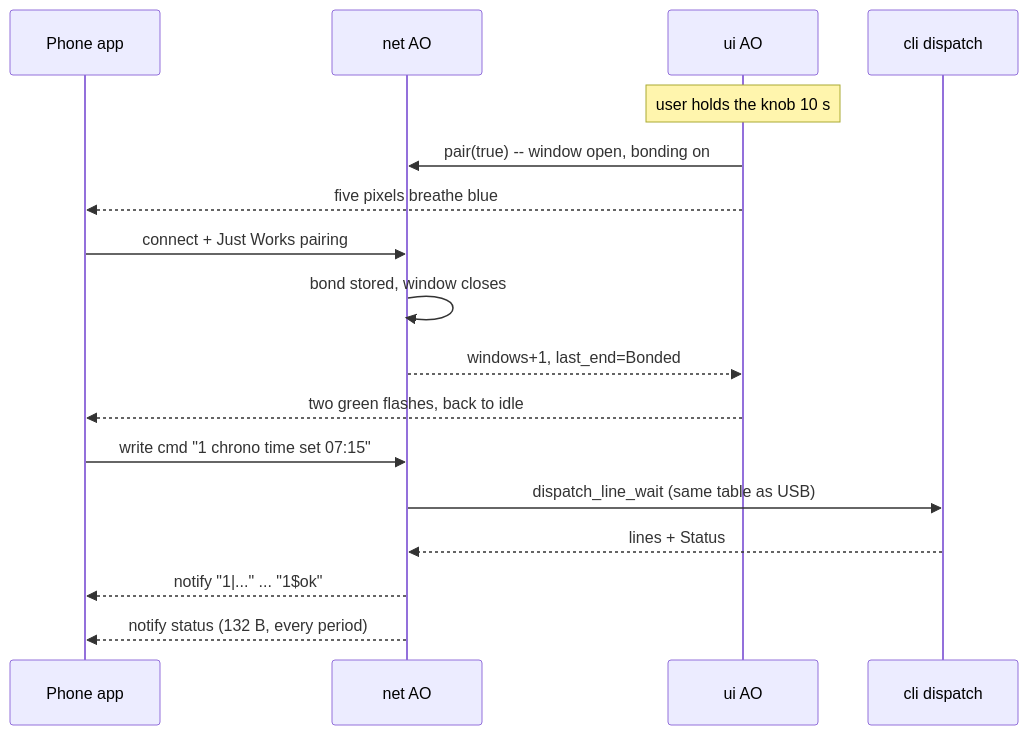
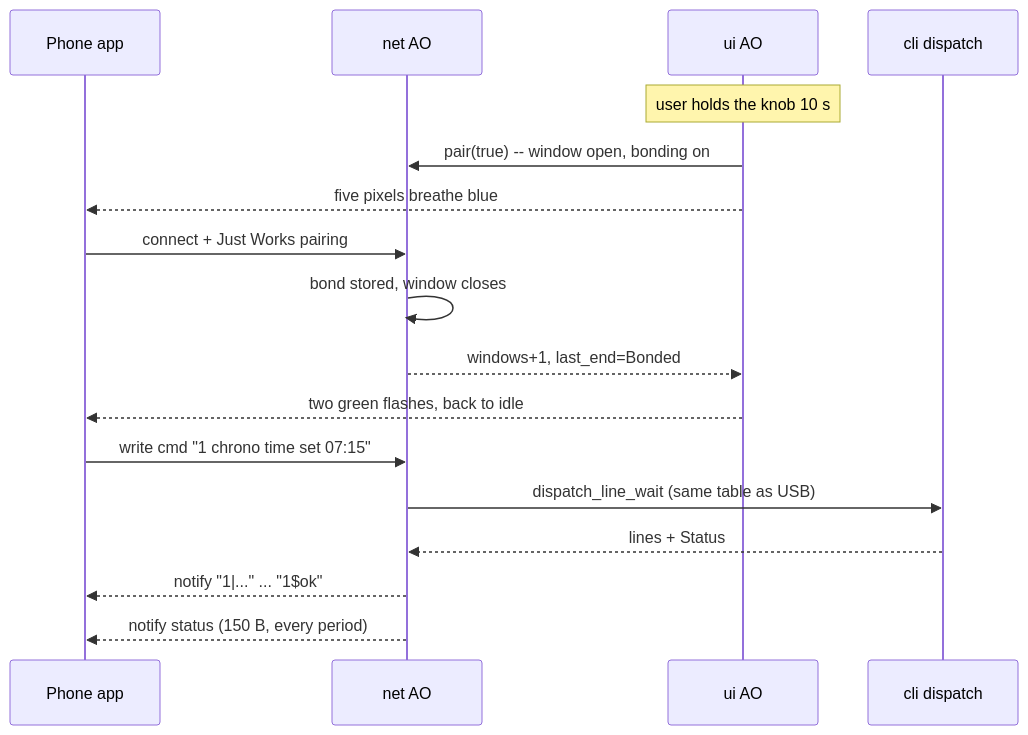
One commit to tibm/clock changed the seventh of 8 diagrams in FIRMWARE.md. Above: the diagram before and after it, drawn with Mermaid. The commit also changed other lines of this file and 22 other files, not shown here.

````diff
--- a/FIRMWARE.md
+++ b/FIRMWARE.md
@@ -2000,21 +2031,21 @@
 ```mermaid
 sequenceDiagram
     participant App as Phone app
     participant NET as net AO
     participant UI as ui AO
     participant CLI as cli dispatch
 
     Note over UI: user holds the knob 10 s
     UI->>NET: pair(true) -- window open, bonding on
     UI-->>App: five pixels breathe blue
     App->>NET: connect + Just Works pairing
     NET->>NET: bond stored, window closes
     NET-->>UI: windows+1, last_end=Bonded
     UI-->>App: two green flashes, back to idle
 
     App->>NET: write cmd "1 chrono time set 07:15"
     NET->>CLI: dispatch_line_wait (same table as USB)
     CLI-->>NET: lines + Status
     NET-->>App: notify "1|..." ... "1$ok"
-    NET-->>App: notify status (132 B, every period)
+    NET-->>App: notify status (150 B, every period)
 ```
````
